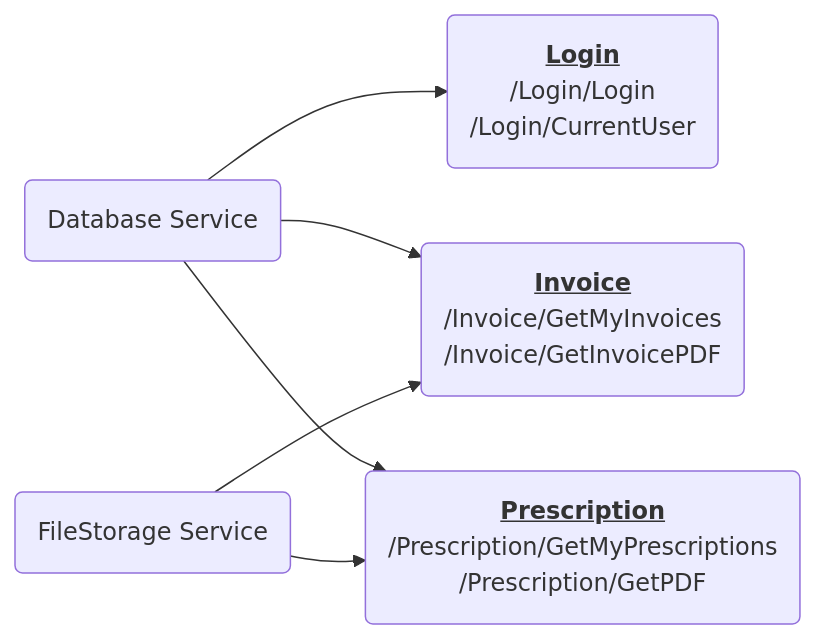
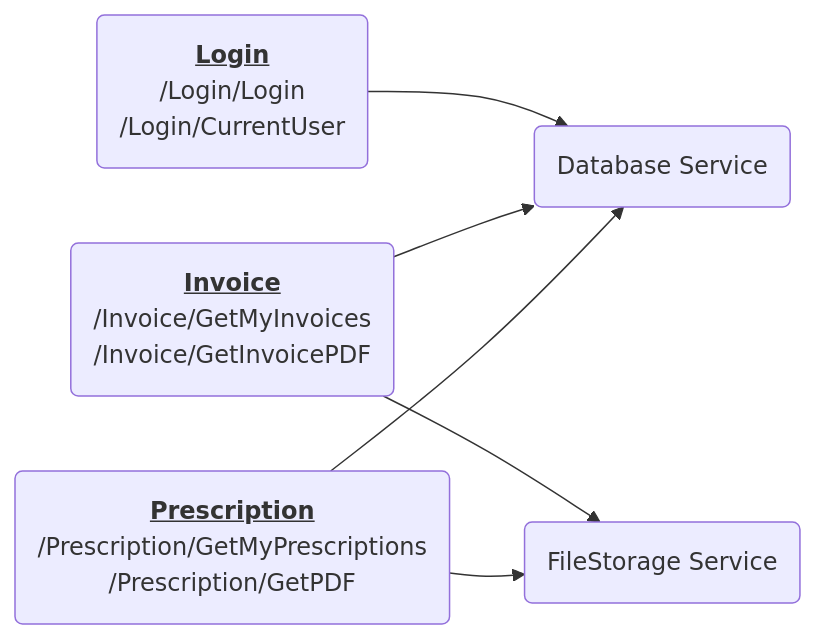
Before and after one commit to cyber-security-academy/roots-prescription: the second of 2 diagrams in README.md, drawn with Mermaid.

Commit message:
Update controller plot

````diff
--- a/README.md
+++ b/README.md
@@ -64,16 +64,15 @@
 ```mermaid
 graph LR;
 Login("<b><u>Login</u></b><br/>/Login/Login<br/>/Login/CurrentUser")
 Invoice("<b><u>Invoice</u></b><br/>/Invoice/GetMyInvoices<br/>/Invoice/GetInvoicePDF")
 Prescription("<b><u>Prescription</u></b><br/>/Prescription/GetMyPrescriptions<br/>/Prescription/GetPDF")
 
 DB("Database Service")
-DB-->Login
-DB-->Invoice
-DB-->Prescription
+Login-->DB
+Invoice-->DB
+Prescription-->DB
 
 File("FileStorage Service")
-File-->Invoice
-File-->Prescription
-
+Invoice-->File
+Prescription-->File
 ```
````
